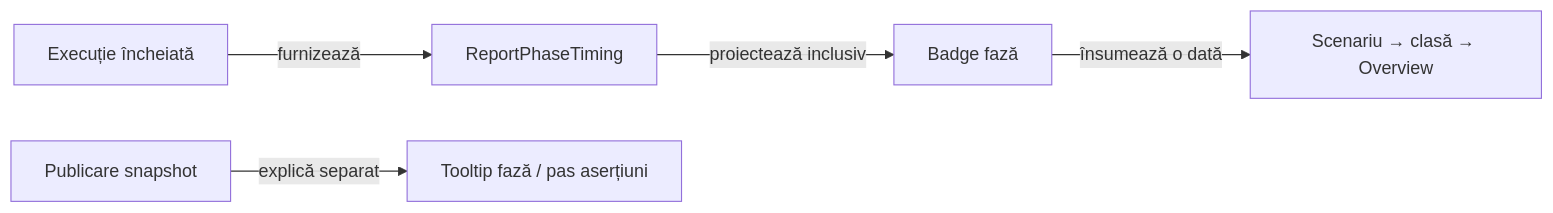
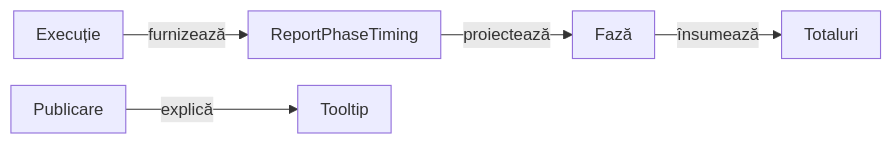
One commit to crististefanita/atf_j0 changed diagram 12 of 14 in atf-reporting/README.md. Above: the diagram before and after it, drawn with Mermaid. The commit also changed other lines of this file and 97 other files, not shown here.

````diff
--- a/atf-reporting/README.md
+++ b/atf-reporting/README.md
@@ -1380,7 +1514,8 @@
 ```mermaid
+%%{init: {"themeVariables":{"fontSize":"15px"},"themeCSS":".nodeLabel, .nodeLabel p { font-size: 15px !important; line-height: 1.35 !important; } .edgeLabel, .edgeLabel p { font-size: 12px !important; font-weight: 400 !important; line-height: 1.2 !important; } .edgeLabel .labelBkg, .edgeLabel p { background: transparent !important; } .edgeLabel foreignObject { transform: translateY(-18px); overflow: visible; } .node rect { rx: 6px; ry: 6px; }","flowchart":{"curve":"linear","nodeSpacing":24,"rankSpacing":40,"padding":10,"diagramPadding":16}}}%%
 flowchart LR
-    Execution["Execuție încheiată"] -->|furnizează| Timing["ReportPhaseTiming"]
-    Timing -->|proiectează inclusiv| Phase["Badge fază"]
-    Phase -->|însumează o dată| Scenario["Scenariu → clasă → Overview"]
-    Publication["Publicare snapshot"] -->|explică separat| Detail["Tooltip fază / pas aserțiuni"]
+    Execution["Execuție"] -->|furnizează| Timing["ReportPhaseTiming"]
+    Timing -->|proiectează| Phase["Fază"]
+    Phase -->|însumează| Scenario["Totaluri"]
+    Publication["Publicare"] -->|explică| Detail["Tooltip"]
 ```
````
